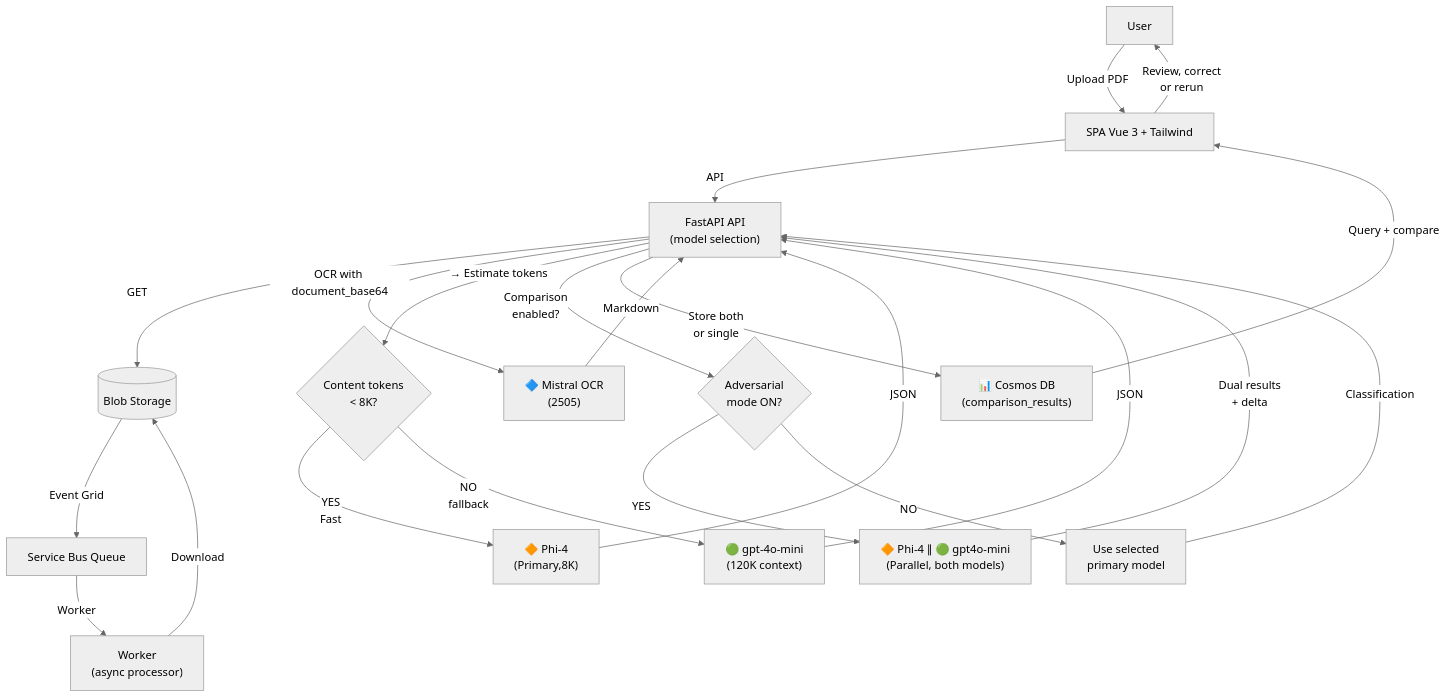
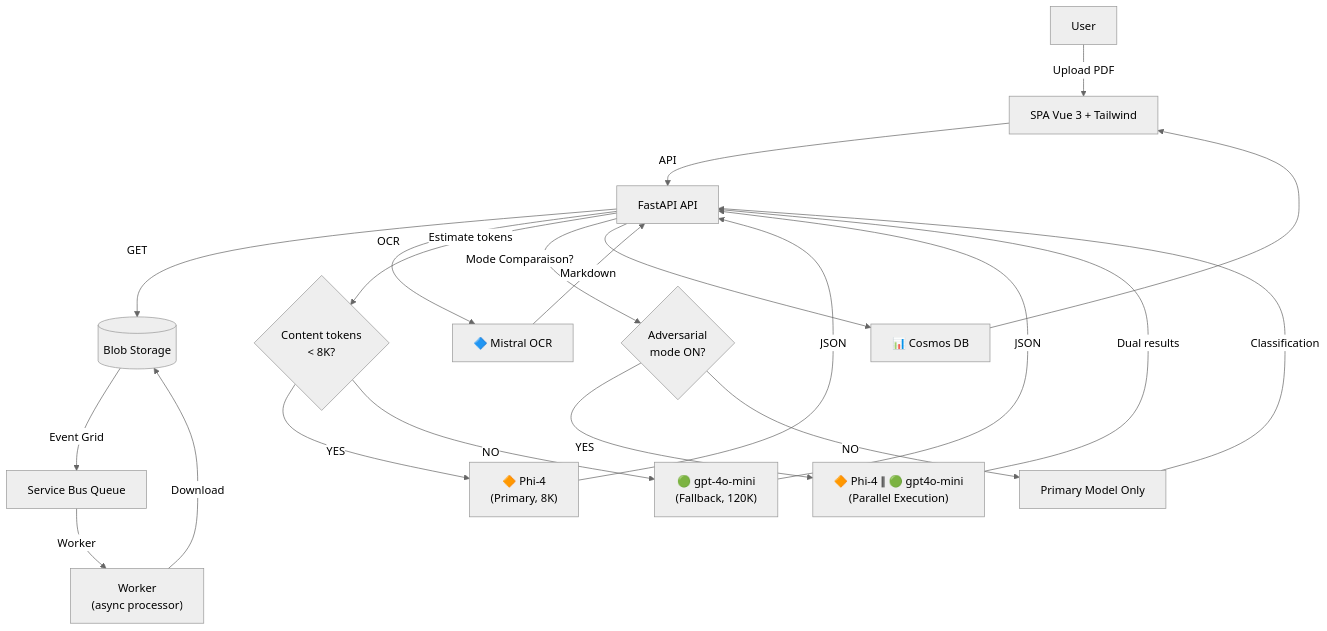
One commit to olivMertens/ClassyMail changed the diagram in README.md. Above: the diagram before and after it, drawn with Mermaid (neutral theme). The commit also changed other lines of this file and 11 other files, not shown here.

````diff
--- a/README.md
+++ b/README.md
@@ -99,30 +29,29 @@
 ```mermaid
 flowchart TD
     user[User] -->|Upload PDF| ui["SPA Vue 3 + Tailwind"]
-    ui -->|API| api["FastAPI API<br/>(model selection)"]
+    ui -->|API| api["FastAPI API"]
 
     api -->|GET| blob[(Blob Storage)]
     blob -->|Event Grid| sbq["Service Bus Queue"]
     sbq -->|Worker| worker["Worker<br/>(async processor)"]
 
     worker -->|Download| blob
-    api -->|OCR with document_base64| ocr["🔷 Mistral OCR<br/>(2505)"]
+    api -->|OCR| ocr["🔷 Mistral OCR"]
     ocr -->|Markdown| api
 
-    api -->|→ Estimate tokens| tokencheck{Content tokens<br/>< 8K?}
-    tokencheck -->|YES<br/>Fast| phi4["🔶 Phi-4<br/>(Primary,8K)"]
-    tokencheck -->|NO<br/>fallback| gpt["🟢 gpt-4o-mini<br/>(120K context)"]
+    api -->|Estimate tokens| tokencheck{"Content tokens<br/>< 8K?"}
+    tokencheck -->|YES| phi4["🔶 Phi-4<br/>(Primary, 8K)"]
+    tokencheck -->|NO| gpt["🟢 gpt-4o-mini<br/>(Fallback, 120K)"]
 
-    api -->|Comparison<br/>enabled?| compcheck{Adversarial<br/>mode ON?}
-    compcheck -->|YES| dual["🔶 Phi-4 ∥ 🟢 gpt4o-mini<br/>(Parallel, both models)"]
-    compcheck -->|NO| primary["Use selected<br/>primary model"]
+    api -->|Mode Comparaison?| compcheck{"Adversarial<br/>mode ON?"}
+    compcheck -->|YES| dual["🔶 Phi-4 ∥ 🟢 gpt4o-mini<br/>(Parallel Execution)"]
+    compcheck -->|NO| primary["Primary Model Only"]
 
     phi4 -->|JSON| api
     gpt -->|JSON| api
-    dual -->|Dual results<br/>+ delta| api
+    dual -->|Dual results| api
     primary -->|Classification| api
 
-    api -->|Store both<br/>or single| cosmos["📊 Cosmos DB<br/>(comparison_results)"]
-    cosmos -->|Query + compare| ui
-    ui -->|Review, correct<br/>or rerun| user
+    api --> cosmos["📊 Cosmos DB"]
+    cosmos --> ui
 ```
````
